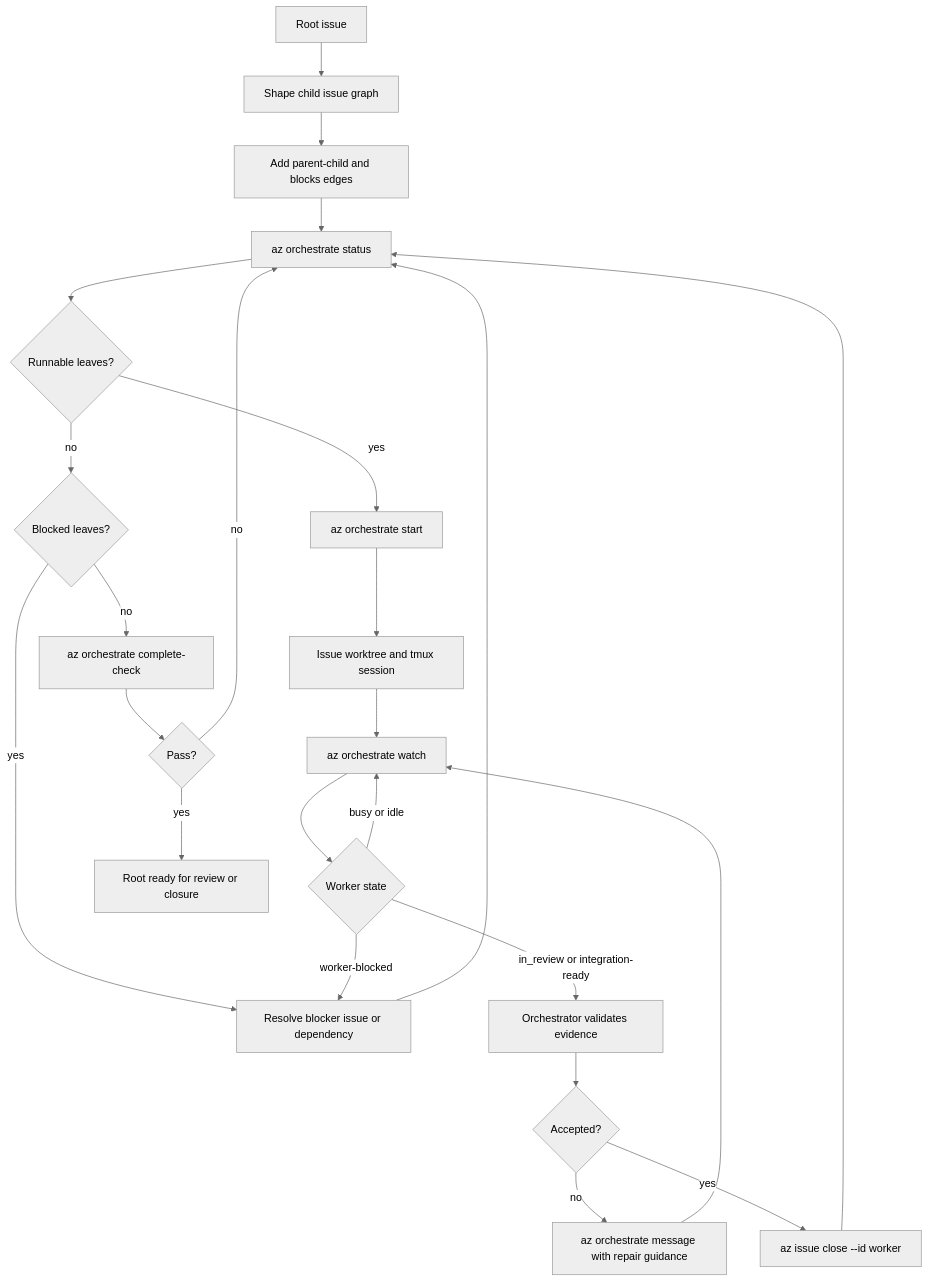
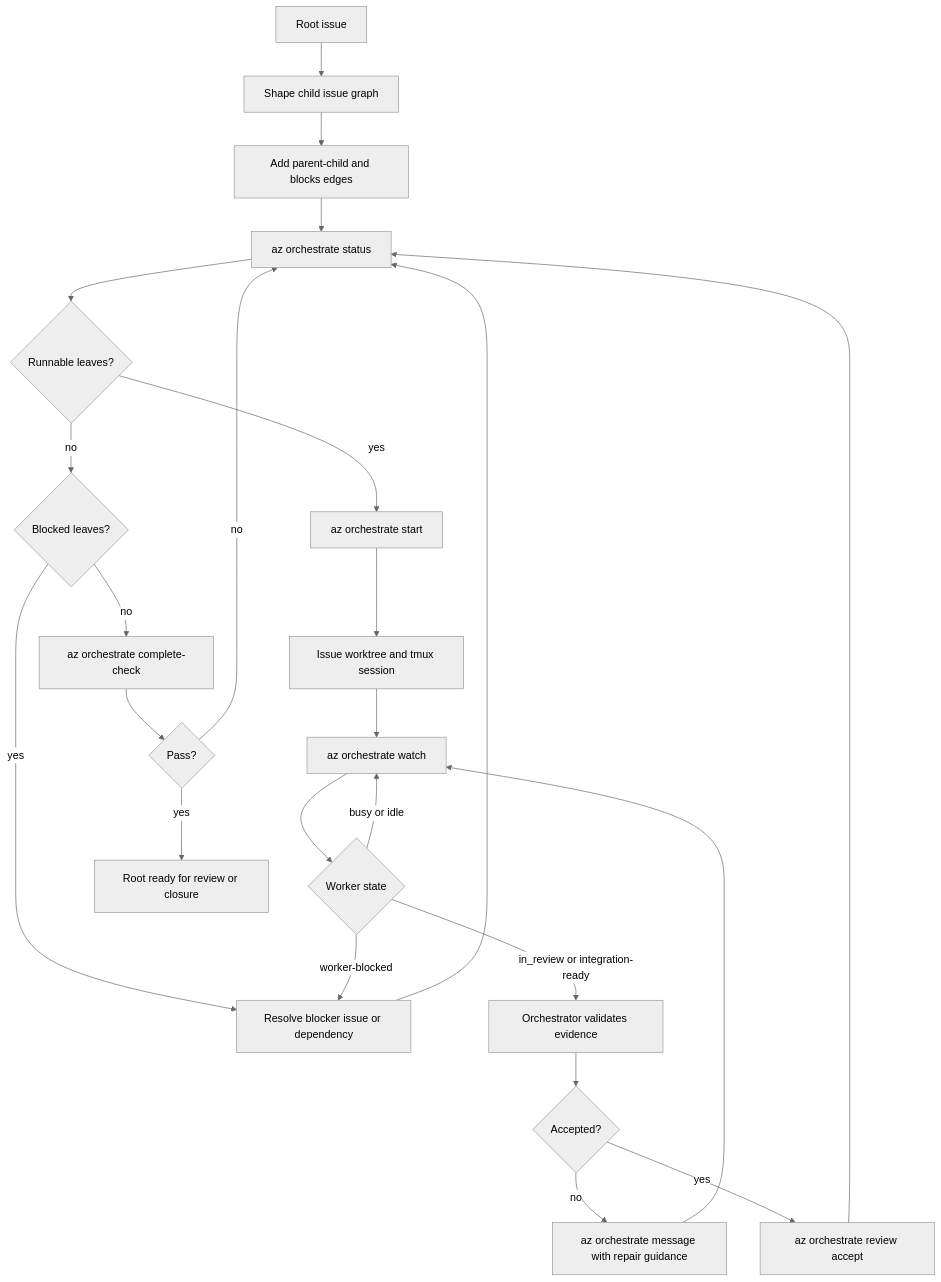
One commit to riordanpawley/azedarach changed the first of 3 diagrams in docs/15-orchestration-flow-comparison.md. Above: the diagram before and after it, drawn with Mermaid (neutral theme). The commit also changed other lines of this file and 17 other files, not shown here.

Commit message:
fix(dhr): close accepted review tickets

````diff
--- a/docs/15-orchestration-flow-comparison.md
+++ b/docs/15-orchestration-flow-comparison.md
@@ -83,26 +83,26 @@
 ```mermaid
 flowchart TD
     A[Root issue] --> B[Shape child issue graph]
     B --> C[Add parent-child and blocks edges]
     C --> D[az orchestrate status]
     D --> E{Runnable leaves?}
     E -- yes --> F[az orchestrate start]
     E -- no --> G{Blocked leaves?}
     G -- yes --> H[Resolve blocker issue or dependency]
     H --> D
     G -- no --> I[az orchestrate complete-check]
     F --> J[Issue worktree and tmux session]
     J --> K[az orchestrate watch]
     K --> L{Worker state}
     L -- busy or idle --> K
     L -- worker-blocked --> H
     L -- in_review or integration-ready --> M[Orchestrator validates evidence]
     M --> N{Accepted?}
     N -- no --> O[az orchestrate message with repair guidance]
     O --> K
-    N -- yes --> P[az issue close --id worker]
+    N -- yes --> P[az orchestrate review accept]
     P --> D
     I --> Q{Pass?}
     Q -- no --> D
     Q -- yes --> R[Root ready for review or closure]
 ```
````
